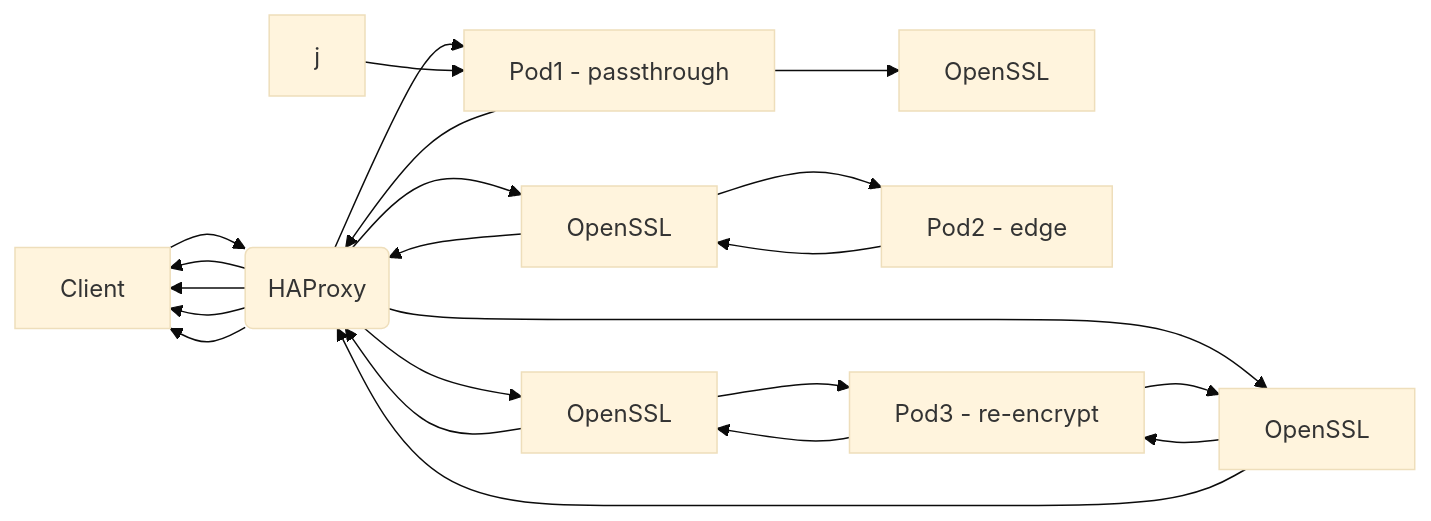
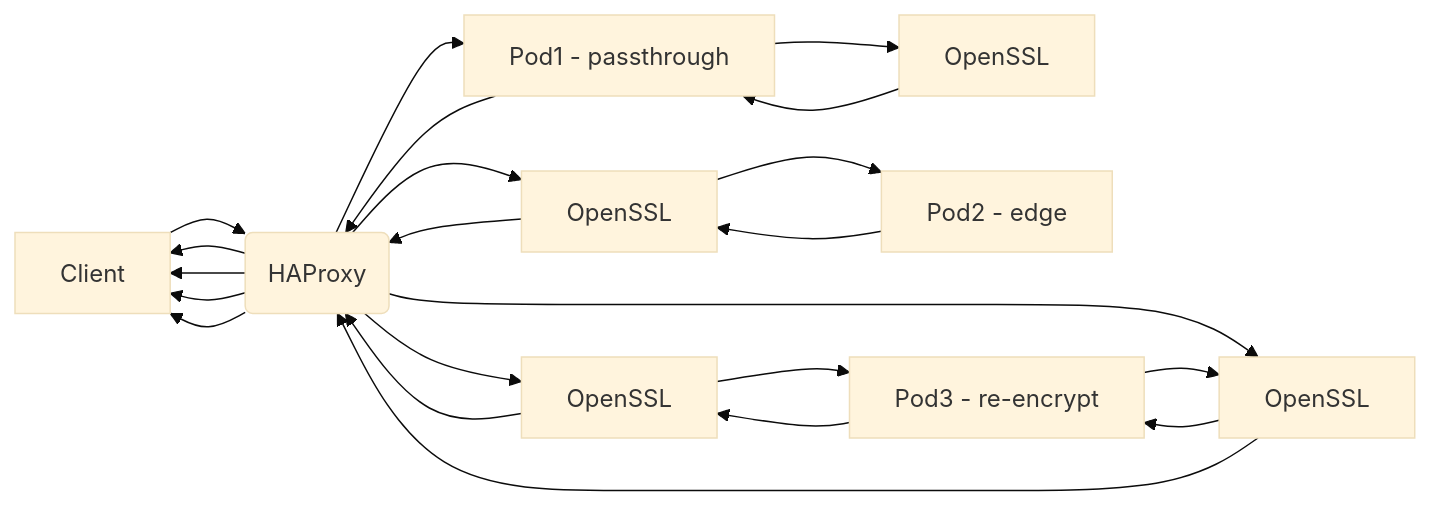
The second of 7 diagrams in README.md (emmahone/haproxy-state-machine), drawn with Mermaid (base theme) before and after one commit.

````diff
--- a/README.md
+++ b/README.md
@@ -48,30 +48,30 @@
 ```mermaid
 graph LR
   A[Client] --> B(HAProxy);
   B --> C[Pod1 - passthrough];
   C --> B;
   B --> A;
   
   %% Passthrough
   B --> A;
   C --> J[OpenSSL];
-  j --> C;
+  J --> C;
   
   %% Edge
   B --> E[OpenSSL];
   E --> F[Pod2 - edge];
   F --> E;
   E --> B;
   B --> A;
   
   %% Re-encrypt
   B --> G[OpenSSL];
   G --> H[Pod3 - re-encrypt];
   H --> G;
   G --> B;
   B --> I[OpenSSL];
   I --> H;
   H --> I;
   I --> B;
   B --> A;
 ```
````
